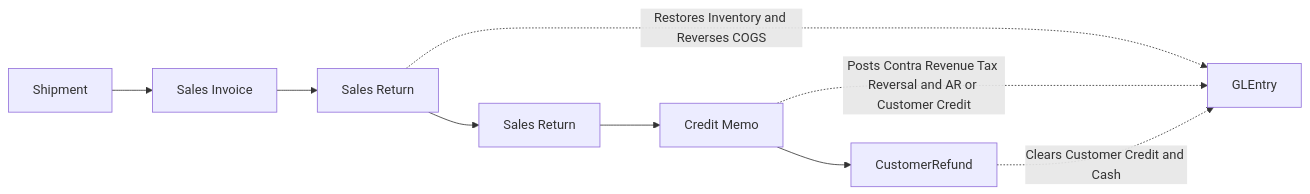
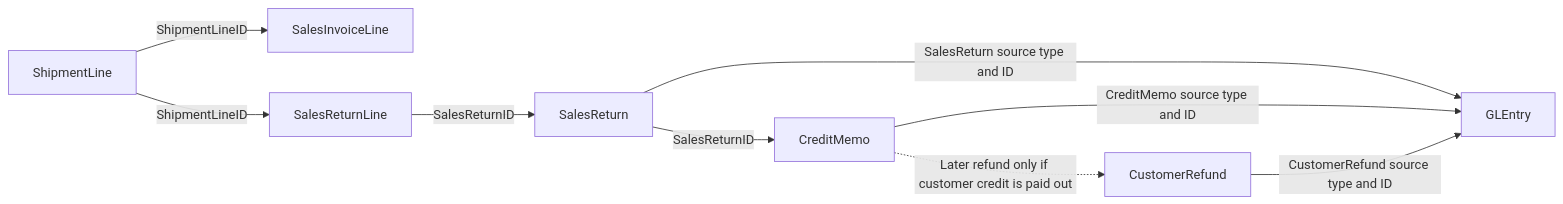
Before and after one commit to mmcodesso/CharlesRiver_Database: the seventh of 8 diagrams in docs/processes/o2c.md, drawn with Mermaid. The commit also changed other lines of this file and 66 other files, not shown here.

````diff
--- a/docs/processes/o2c.md
+++ b/docs/processes/o2c.md
@@ -416,17 +426,21 @@
 ```mermaid
 flowchart LR
     accTitle: Return credit and refund accounting evidence
-    accDescr: Shipment and invoice lead to return and credit memo records, then an optional refund. Dashed links describe inventory restoration, credit accounting, and customer-credit cash settlement.
-    SHL[Shipment]
-    SIL[Sales Invoice]
-    SR[Sales Return]
-    SRL[Sales Return]
-    CM[Credit Memo]
+    accDescr: Solid labeled arrows identify stored keys and independent posting sources. A dashed link marks the conditional chronology of a later refund. A return, credit memo, and refund each have their own accounting route.
+    SHL[ShipmentLine]
+    SIL[SalesInvoiceLine]
+    SR[SalesReturn]
+    SRL[SalesReturnLine]
+    CM[CreditMemo]
     RF[CustomerRefund]
     GL[GLEntry]
 
-    SHL --> SIL --> SR --> SRL --> CM --> RF
-    SR -. Restores Inventory and Reverses COGS .-> GL
-    CM -. Posts Contra Revenue Tax Reversal and AR or Customer Credit .-> GL
-    RF -. Clears Customer Credit and Cash .-> GL
+    SHL -->|ShipmentLineID| SIL
+    SHL -->|ShipmentLineID| SRL
+    SRL -->|SalesReturnID| SR
+    SR -->|SalesReturnID| CM
+    CM -. Later refund only if customer credit is paid out .-> RF
+    SR -->|SalesReturn source type and ID| GL
+    CM -->|CreditMemo source type and ID| GL
+    RF -->|CustomerRefund source type and ID| GL
 ```
````
